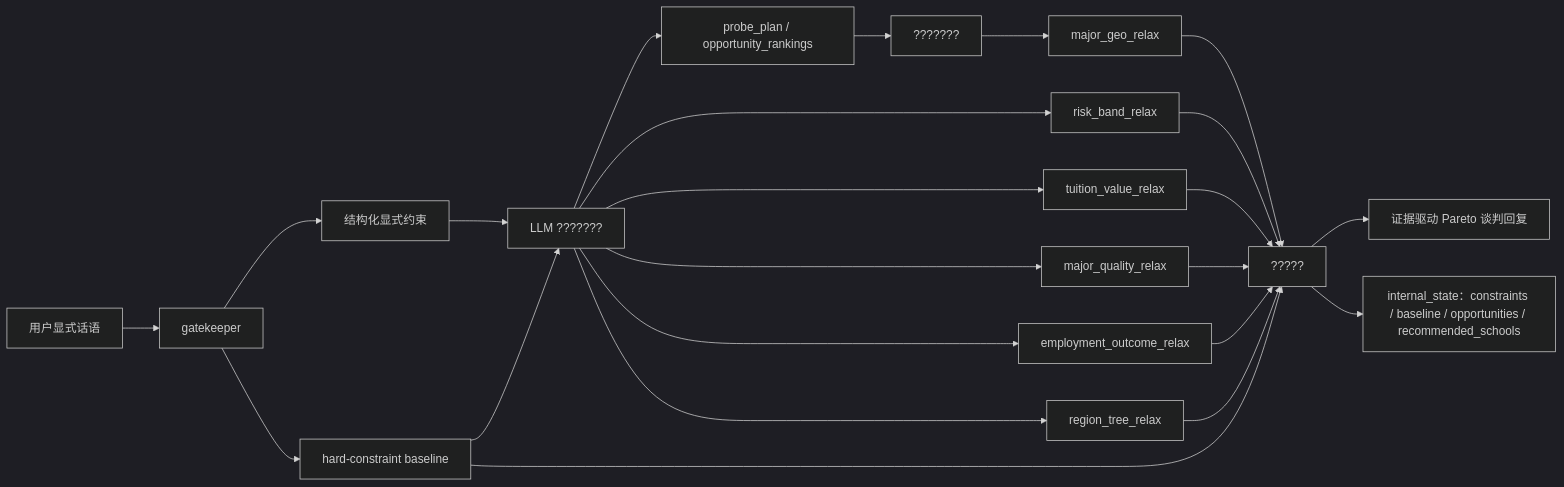
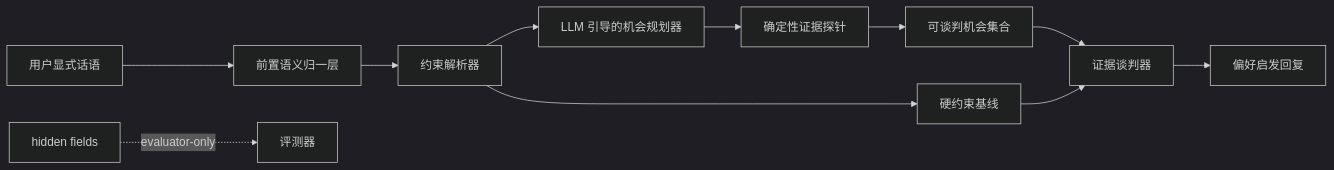
One commit to PZQ-ship-it/gaokaollm-v2 changed the first of 2 diagrams in gaokaollm_bench/outputs/thesis_figures_tables_pack.md. Above: the diagram before and after it, drawn with Mermaid (dark theme). The commit also changed other lines of this file and 23 other files, not shown here.

Commit message:
feat:新增论文插图资产验收与维护说明

````diff
--- a/gaokaollm_bench/outputs/thesis_figures_tables_pack.md
+++ b/gaokaollm_bench/outputs/thesis_figures_tables_pack.md
@@ -93,25 +48,13 @@
 ```mermaid
 flowchart LR
-    IN["用户显式话语"] --> GK["gatekeeper"]
-    GK --> C["结构化显式约束"]
-    GK --> B["hard-constraint baseline"]
-    C --> RD["LLM ???????"]
-    B --> RD
-    RD --> PLAN["probe_plan / opportunity_rankings"]
-    PLAN --> PROBE["???????"]
-    PROBE --> O1["major_geo_relax"]
-    RD --> O2["risk_band_relax"]
-    RD --> O3["tuition_value_relax"]
-    RD --> O4["major_quality_relax"]
-    RD --> O5["employment_outcome_relax"]
-    RD --> O6["region_tree_relax"]
-    O1 --> NG["?????"]
-    O2 --> NG
-    O3 --> NG
-    O4 --> NG
-    O5 --> NG
-    O6 --> NG
-    B --> NG
-    NG --> OUT["证据驱动 Pareto 谈判回复"]
-    NG --> STATE["internal_state：constraints / baseline / opportunities / recommended_schools"]
+    U["用户显式话语"] --> N["前置语义归一层"]
+    N --> C["约束解析器"]
+    C --> B["硬约束基线"]
+    C --> P["LLM 引导的机会规划器"]
+    P --> Q["确定性证据探针"]
+    Q --> O["可谈判机会集合"]
+    O --> E["证据谈判器"]
+    B --> E
+    E --> R["偏好启发回复"]
+    H["hidden fields"] -. evaluator-only .-> J["评测器"]
 ```
````
